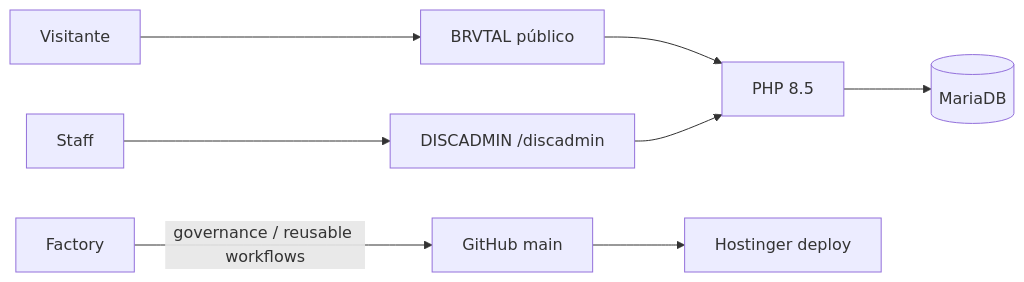
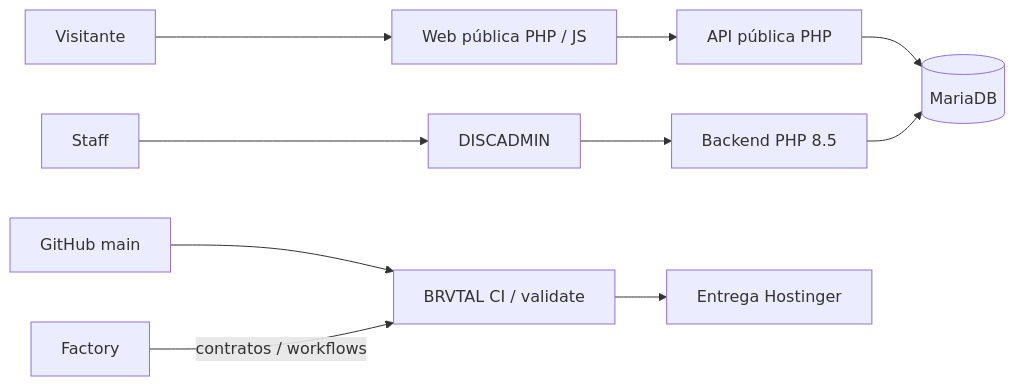
Before and after one commit to pl0n3r/brvtal: the diagram in README.md, drawn with Mermaid. The commit also changed other lines of this file and 3 other files, not shown here.

````diff
--- a/README.md
+++ b/README.md
@@ -65,10 +38,12 @@
 ```mermaid
 flowchart LR
-    V[Visitante] --> P[BRVTAL público]
-    S[Staff] --> A[DISCADMIN /discadmin]
-    P --> H[PHP 8.5]
-    A --> H
-    H --> D[(MariaDB)]
-    G[GitHub main] --> X[Hostinger deploy]
-    F[Factory] -->|governance / reusable workflows| G
+    V[Visitante] --> P[Web pública PHP / JS]
+    S[Staff] --> A[DISCADMIN]
+    P --> API[API pública PHP]
+    A --> H[Backend PHP 8.5]
+    API --> D[(MariaDB)]
+    H --> D
+    G[GitHub main] --> CI[BRVTAL CI / validate]
+    CI --> Deploy[Entrega Hostinger]
+    F[Factory] -->|contratos / workflows| CI
 ```
````
